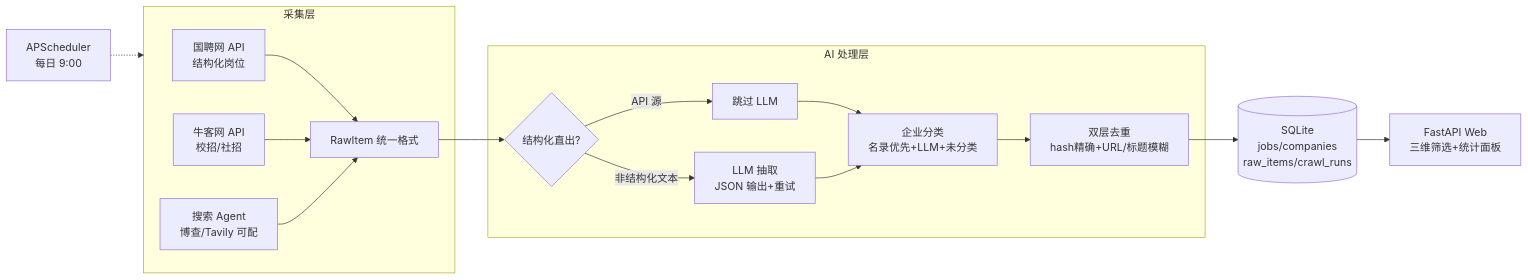
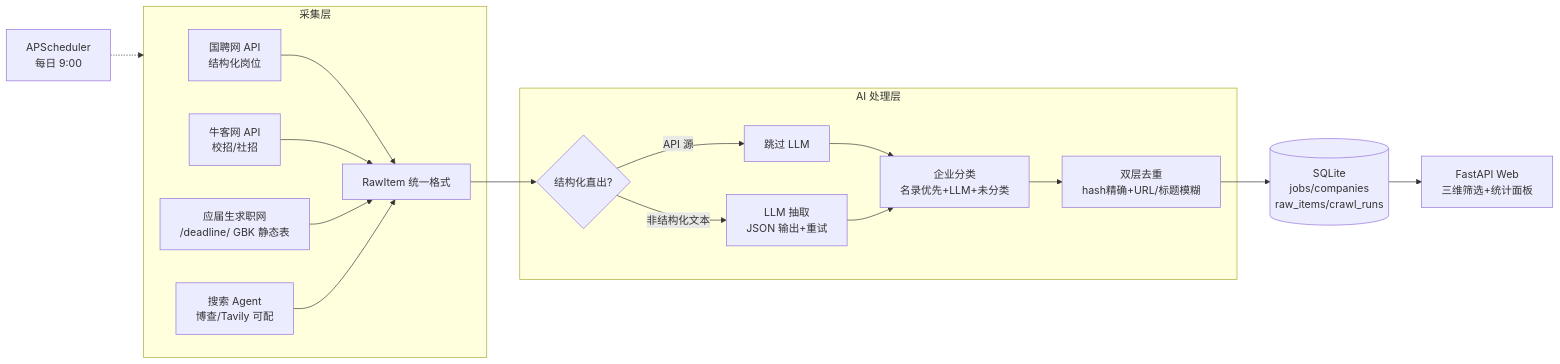
One commit to FanXiaofu/job-radar changed the diagram in README.md. Above: the diagram before and after it, drawn with Mermaid. The commit also changed other lines of this file and 3 other files, not shown here.

````diff
--- a/README.md
+++ b/README.md
@@ -63,19 +66,20 @@
 ```mermaid
 flowchart LR
     subgraph 采集层
         A[国聘网 API\n结构化岗位] --> R[RawItem 统一格式]
         B[牛客网 API\n校招/社招] --> R
+        Y[应届生求职网\n/deadline/ GBK 静态表] --> R
         C[搜索 Agent\n博查/Tavily 可配] --> R
     end
     subgraph AI 处理层
         R --> D{结构化直出?}
         D -- API 源 --> F[跳过 LLM]
         D -- 非结构化文本 --> E[LLM 抽取\nJSON 输出+重试]
         F --> G[企业分类\n名录优先+LLM+未分类]
         E --> G
         G --> H[双层去重\nhash精确+URL/标题模糊]
     end
     H --> I[(SQLite\njobs/companies\nraw_items/crawl_runs)]
     I --> J[FastAPI Web\n三维筛选+统计面板]
     K[APScheduler\n每日 9:00] -.-> 采集层
 ```
````
